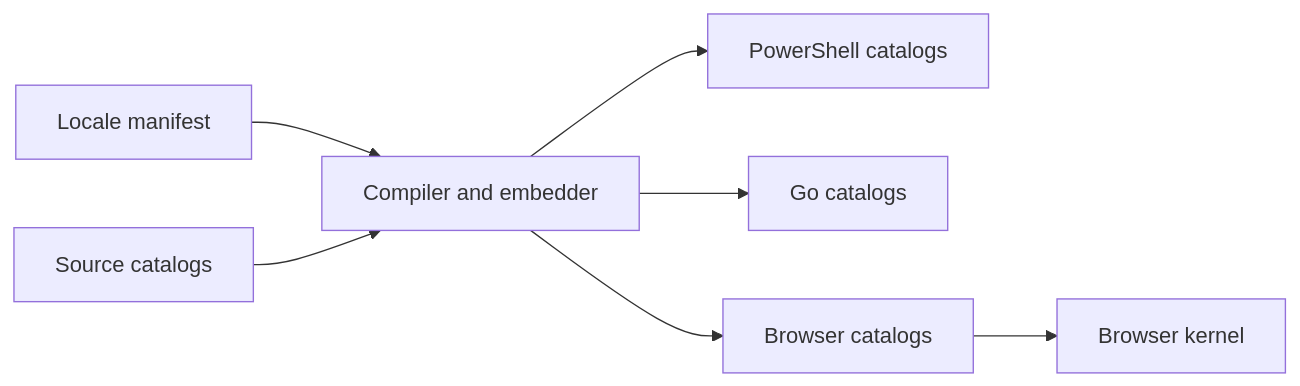
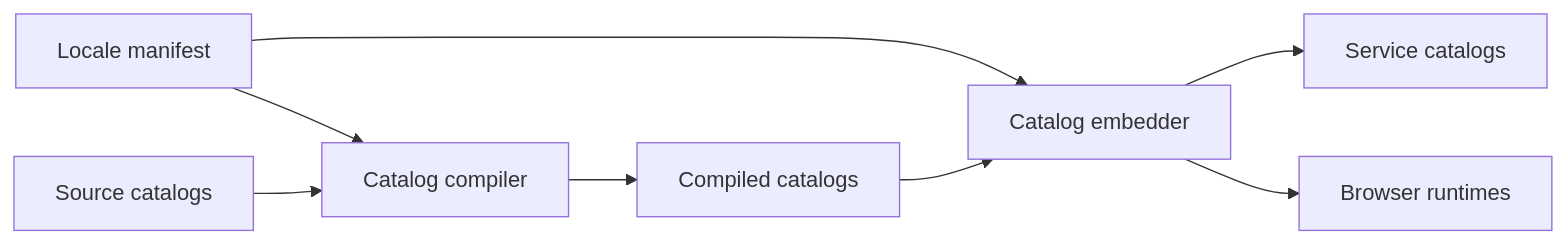
Before and after one commit to alissonsol/yuruna: the first of 3 diagrams in docs/design/07-globalization.md, drawn with Mermaid. The commit also changed other lines of this file and 1343 other files, not shown here.

````diff
--- a/docs/design/07-globalization.md
+++ b/docs/design/07-globalization.md
@@ -7,16 +10,17 @@
 ```mermaid
 flowchart LR
     locale-manifest-json["Locale manifest"]
-    globalization-catalogs["Source catalogs"]
-    invoke-catalogcompile-ps1["Compiler and embedder"]
-    globalization-generated-powershell["PowerShell catalogs"]
-    internal-catalog["Go catalogs"]
-    globalization-generated-browser["Browser catalogs"]
-    yuruna-i18n-js["Browser kernel"]
-    locale-manifest-json --> invoke-catalogcompile-ps1
-    globalization-catalogs --> invoke-catalogcompile-ps1
-    invoke-catalogcompile-ps1 --> globalization-generated-powershell
-    invoke-catalogcompile-ps1 --> internal-catalog
-    invoke-catalogcompile-ps1 --> globalization-generated-browser
-    globalization-generated-browser --> yuruna-i18n-js
+    catalogs["Source catalogs"]
+    invoke-catalog-compile-ps1["Catalog compiler"]
+    generated["Compiled catalogs"]
+    invoke-catalog-embed-ps1["Catalog embedder"]
+    internal-catalog["Service catalogs"]
+    yuruna-common-js["Browser runtimes"]
+    locale-manifest-json --> invoke-catalog-compile-ps1
+    catalogs --> invoke-catalog-compile-ps1
+    invoke-catalog-compile-ps1 --> generated
+    locale-manifest-json --> invoke-catalog-embed-ps1
+    generated --> invoke-catalog-embed-ps1
+    invoke-catalog-embed-ps1 --> internal-catalog
+    invoke-catalog-embed-ps1 --> yuruna-common-js
 ```
````
